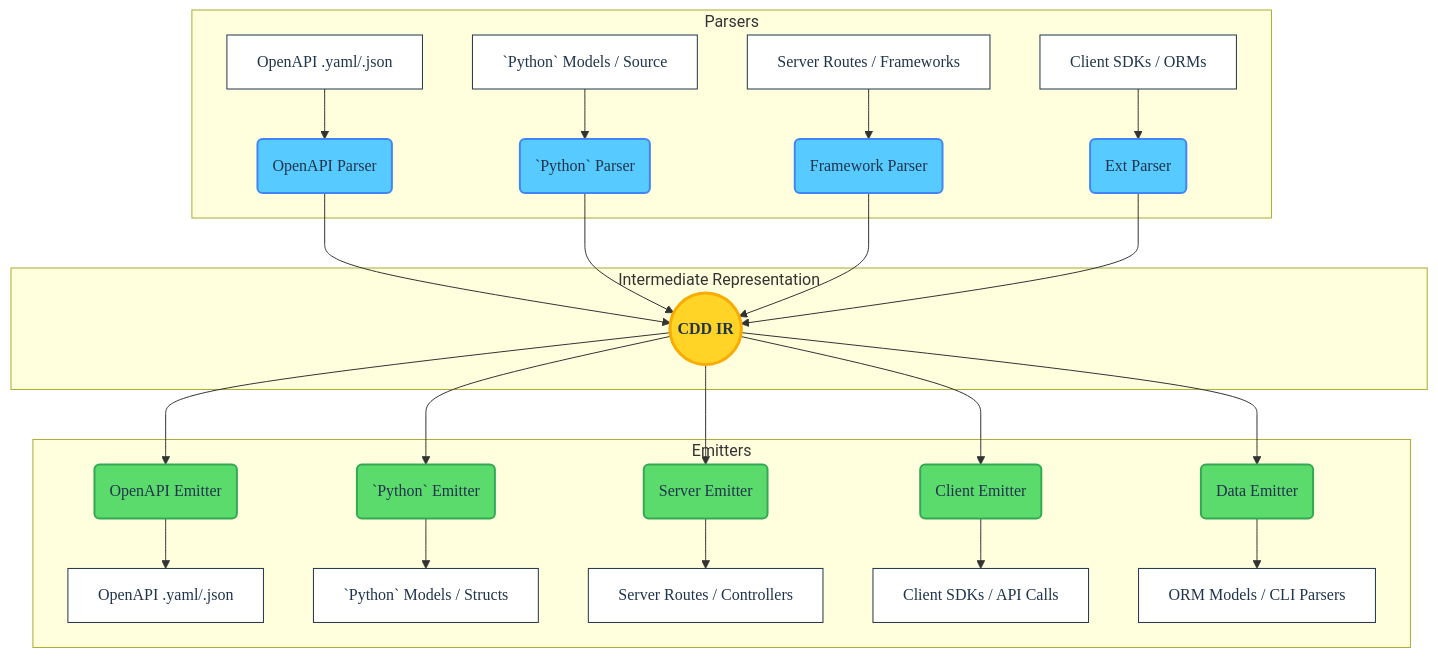
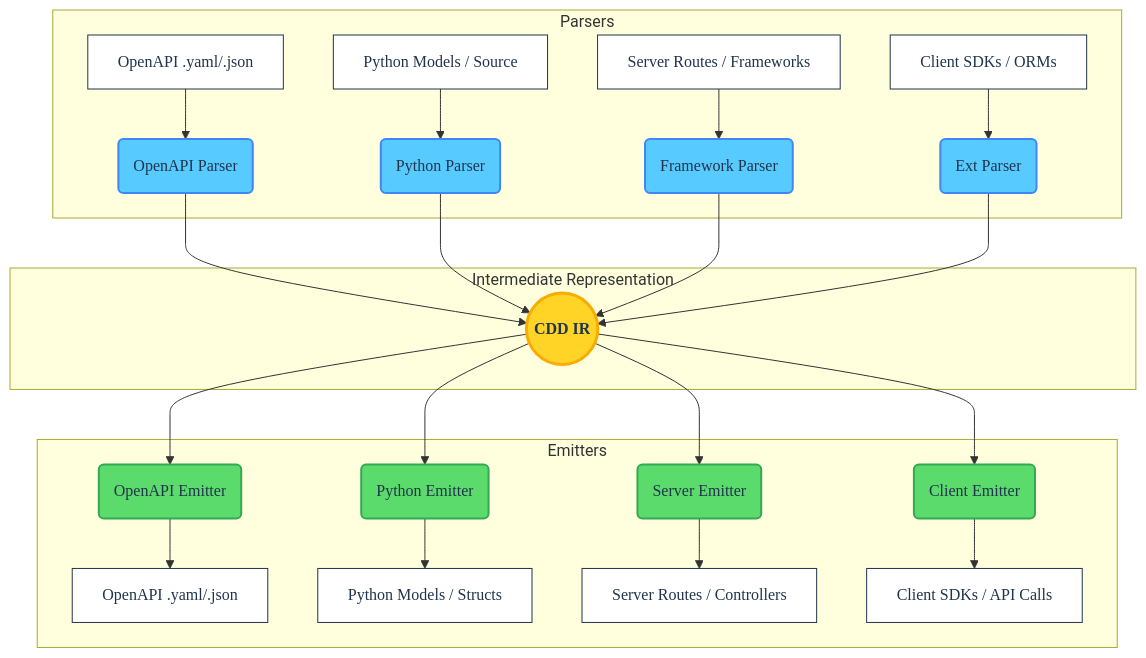
One commit to offscale/cdd-python-all changed the diagram in ARCHITECTURE.md. Above: the diagram before and after it, drawn with Mermaid. The commit also changed other lines of this file and 14 other files, not shown here.

````diff
--- a/ARCHITECTURE.md
+++ b/ARCHITECTURE.md
@@ -16,38 +16,36 @@
 ```mermaid
 graph TD
     %% Styling Definitions
     classDef frontend fill:#57caff,stroke:#4285f4,stroke-width:2px,color:#20344b,font-family:Roboto Mono
     classDef core fill:#ffd427,stroke:#f9ab00,stroke-width:3px,color:#20344b,font-family:Google Sans,font-weight:bold
     classDef backend fill:#5cdb6d,stroke:#34a853,stroke-width:2px,color:#20344b,font-family:Roboto Mono
     classDef endpoint fill:#ffffff,stroke:#20344b,stroke-width:1px,color:#20344b,font-family:Google Sans
 
     subgraph Frontend [Parsers]
         A[OpenAPI .yaml/.json]:::endpoint --> P1(OpenAPI Parser):::frontend
-        B[`Python` Models / Source]:::endpoint --> P2(`Python` Parser):::frontend
+        B[Python Models / Source]:::endpoint --> P2(Python Parser):::frontend
         C[Server Routes / Frameworks]:::endpoint --> P3(Framework Parser):::frontend
         D[Client SDKs / ORMs]:::endpoint --> P4(Ext Parser):::frontend
     end
 
     subgraph Core [Intermediate Representation]
         IR((CDD IR)):::core
     end
 
     subgraph Backend [Emitters]
         E1(OpenAPI Emitter):::backend --> X[OpenAPI .yaml/.json]:::endpoint
-        E2(`Python` Emitter):::backend --> Y[`Python` Models / Structs]:::endpoint
+        E2(Python Emitter):::backend --> Y[Python Models / Structs]:::endpoint
         E3(Server Emitter):::backend --> Z[Server Routes / Controllers]:::endpoint
         E4(Client Emitter):::backend --> W[Client SDKs / API Calls]:::endpoint
-        E5(Data Emitter):::backend --> V[ORM Models / CLI Parsers]:::endpoint
     end
 
     P1 --> IR
     P2 --> IR
     P3 --> IR
     P4 --> IR
 
     IR --> E1
     IR --> E2
     IR --> E3
     IR --> E4
-    IR --> E5
 ```
````
